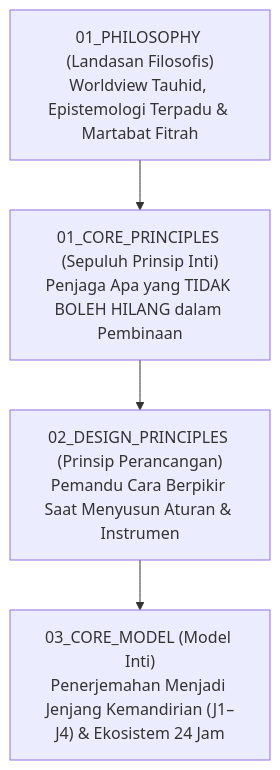
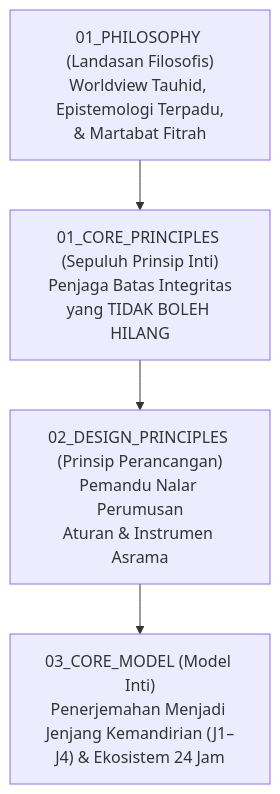
The second of 5 diagrams in BOOK Series 1/01-The-Fundamental-of-TUMBUH/Bab-08-Sumpah-Integritas-Pendidikan-TUMBUH.md (wandiapriliyandi/tumbuh), drawn with Mermaid before and after one commit. The commit also changed other lines of this file and 37 other files, not shown here.

Commit message:
fix(book-01): optimasi pemenggalan teks dan overflow seluruh diagram serta render ulang 20 PDF

````diff
--- a/BOOK Series 1/01-The-Fundamental-of-TUMBUH/Bab-08-Sumpah-Integritas-Pendidikan-TUMBUH.md
+++ b/BOOK Series 1/01-The-Fundamental-of-TUMBUH/Bab-08-Sumpah-Integritas-Pendidikan-TUMBUH.md
@@ -52,6 +52,6 @@
 ```mermaid
 graph TD
-    P["01_PHILOSOPHY (Landasan Filosofis)<br/>Worldview Tauhid, Epistemologi Terpadu & Martabat Fitrah"] --> C["01_CORE_PRINCIPLES (Sepuluh Prinsip Inti)<br/>Penjaga Apa yang TIDAK BOLEH HILANG dalam Pembinaan"]
-    C --> D["02_DESIGN_PRINCIPLES (Prinsip Perancangan)<br/>Pemandu Cara Berpikir Saat Menyusun Aturan & Instrumen"]
+    P["01_PHILOSOPHY (Landasan Filosofis)<br/>Worldview Tauhid, Epistemologi Terpadu,<br/>& Martabat Fitrah"] --> C["01_CORE_PRINCIPLES (Sepuluh Prinsip Inti)<br/>Penjaga Batas Integritas<br/>yang TIDAK BOLEH HILANG"]
+    C --> D["02_DESIGN_PRINCIPLES (Prinsip Perancangan)<br/>Pemandu Nalar Perumusan<br/>Aturan & Instrumen Asrama"]
     D --> M["03_CORE_MODEL (Model Inti)<br/>Penerjemahan Menjadi Jenjang Kemandirian (J1–J4) & Ekosistem 24 Jam"]
 ```
````
